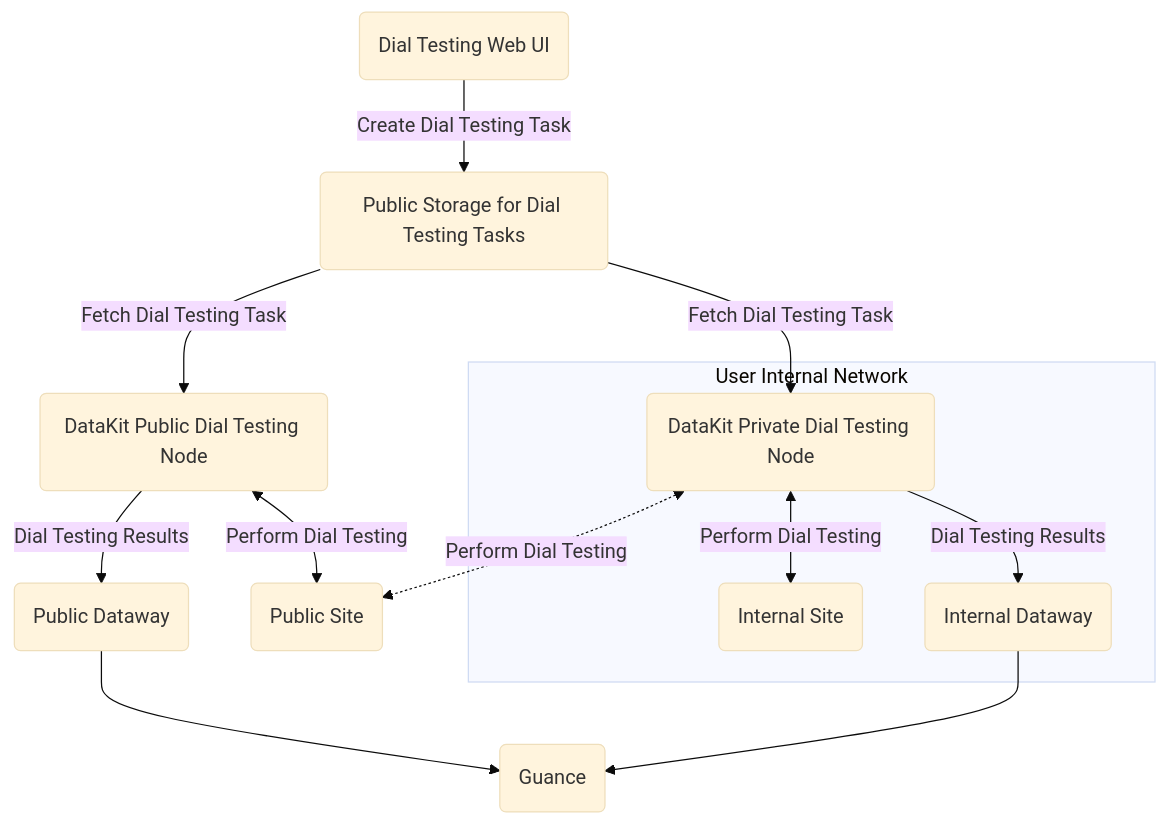
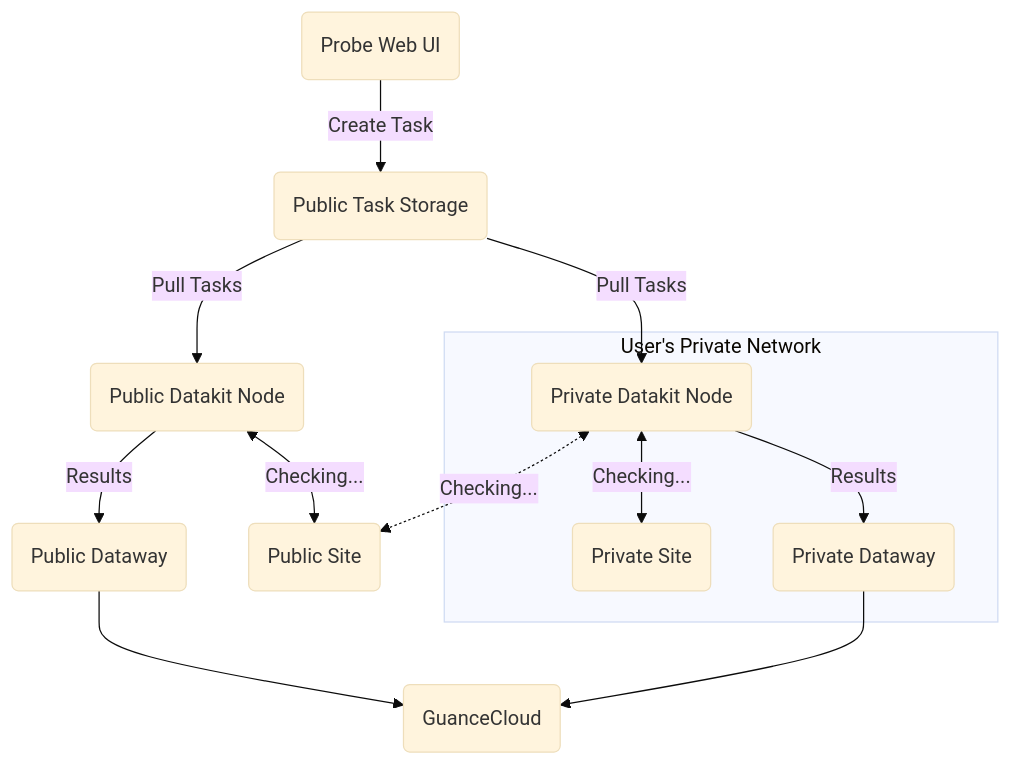
The diagram in docs/en/integrations/dialtesting.md (GuanceCloud/guance-docs), drawn with Mermaid (base theme) before and after one commit. The commit also changed other lines of this file and 209 other files, not shown here.

````diff
--- a/docs/en/integrations/dialtesting.md
+++ b/docs/en/integrations/dialtesting.md
@@ -142,27 +141,26 @@
 ```mermaid
 graph TD
   %% node definitions
-  dt_web(Dial Testing Web UI);
-  dt_db(Public Storage for Dial Testing Tasks);
-  dt_pub(DataKit Public Dial Testing Node);
-  dt_pri(DataKit Private Dial Testing Node);
-  site_inner(Internal Site);
-  site_pub(Public Site);
-  dw_inner(Internal Dataway);
-  dw_pub(Public Dataway);
-  guance(Guance);
+  dt_web(Probe Web UI)
+  dt_db(Public Task Storage)
+  dt_pub(Public Datakit Node)
+  dt_pri(Private Datakit Node)
+  site_inner(Private Site)
+  site_pub(Public Site)
+  dw_inner(Private Dataway)
+  dw_pub(Public Dataway)
+  guance(GuanceCloud)
 
-  %%%%%%%%%%%%%%%%%%%%%%%%%%%%%%%
+  %%%%%%%%%%%%%%%%%%%%%%%%%%%%%%%%
+  dt_web -->|Create Task| dt_db;
+  dt_db -->|Pull Tasks| dt_pub -->|Results| dw_pub --> guance;
+  dt_db -->|Pull Tasks| dt_pri;
+  dt_pub <-->|Checking...| site_pub;
 
-  dt_web -->|Create Dial Testing Task| dt_db;
-  dt_db -->|Fetch Dial Testing Task| dt_pub -->|Dial Testing Results| dw_pub --> guance;
-  dt_db -->|Fetch Dial Testing Task| dt_pri;
-  dt_pub <-->|Perform Dial Testing| site_pub;
-
-  dt_pri <-.->|Perform Dial Testing| site_pub;
+  dt_pri <-.->|Checking...| site_pub;
   dw_inner --> guance;
-  subgraph "User Internal Network"
-  dt_pri <-->|Perform Dial Testing| site_inner;
-  dt_pri -->|Dial Testing Results| dw_inner;
+  subgraph "User's Private Network"
+  dt_pri <-->|Checking...| site_inner;
+  dt_pri -->|Results| dw_inner;
   end
 ```
````
